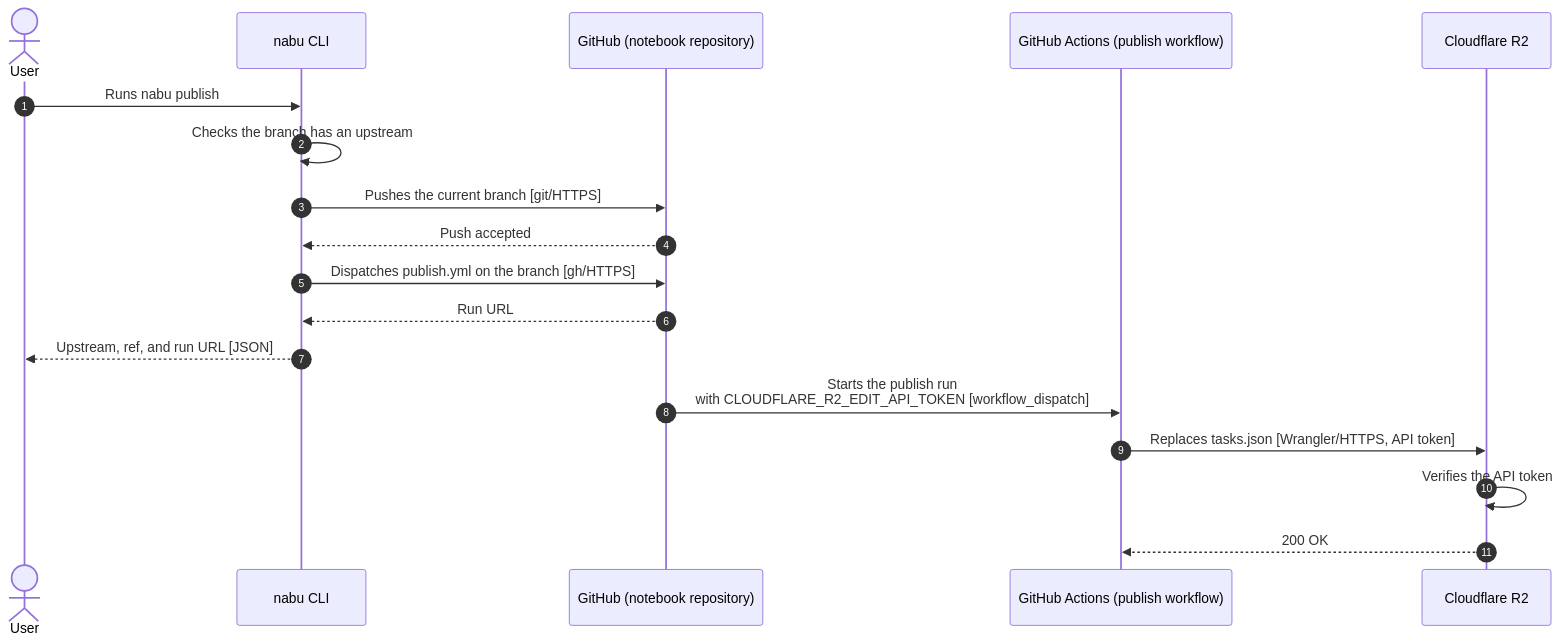
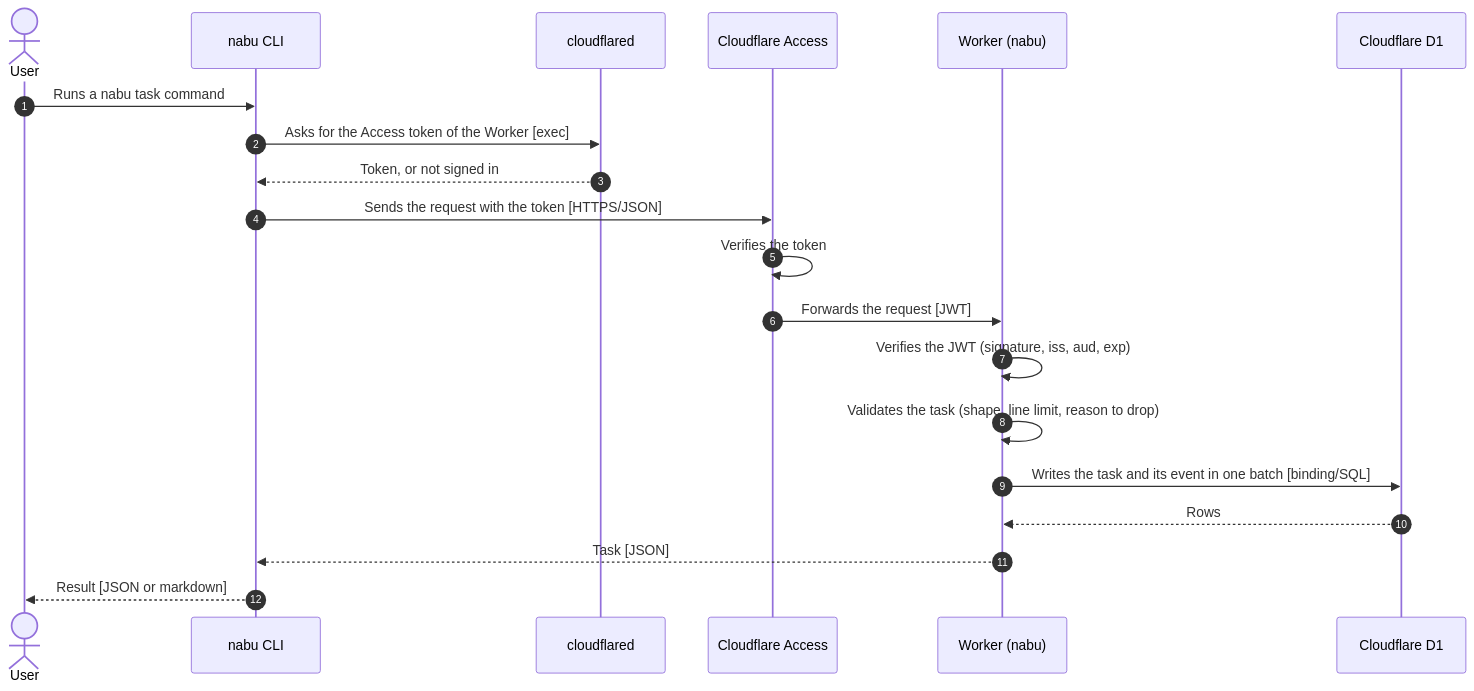
The first of 2 diagrams in docs/architecture.md (gitt510/nabu), drawn with Mermaid before and after one commit. The commit also changed other lines of this file and 28 other files, not shown here.

Commit message:
task: move tasks to the API and drop the notebook (#57)

````diff
--- a/docs/architecture.md
+++ b/docs/architecture.md
@@ -5,21 +5,23 @@
 ```mermaid
 sequenceDiagram
   autonumber
   actor User
   participant CLI as nabu CLI
-  participant GitHub as GitHub (notebook repository)
-  participant Actions as GitHub Actions (publish workflow)
-  participant R2 as Cloudflare R2
+  participant Cloudflared as cloudflared
+  participant Access as Cloudflare Access
+  participant Worker as Worker (nabu)
+  participant D1 as Cloudflare D1
 
-  User->>CLI: Runs nabu publish
-  CLI->>CLI: Checks the branch has an upstream
-  CLI->>GitHub: Pushes the current branch [git/HTTPS]
-  GitHub-->>CLI: Push accepted
-  CLI->>GitHub: Dispatches publish.yml on the branch [gh/HTTPS]
-  GitHub-->>CLI: Run URL
-  CLI-->>User: Upstream, ref, and run URL [JSON]
-  GitHub->>Actions: Starts the publish run<br>with CLOUDFLARE_R2_EDIT_API_TOKEN [workflow_dispatch]
-  Actions->>R2: Replaces tasks.json [Wrangler/HTTPS, API token]
-  R2->>R2: Verifies the API token
-  R2-->>Actions: 200 OK
+  User->>CLI: Runs a nabu task command
+  CLI->>Cloudflared: Asks for the Access token of the Worker [exec]
+  Cloudflared-->>CLI: Token, or not signed in
+  CLI->>Access: Sends the request with the token [HTTPS/JSON]
+  Access->>Access: Verifies the token
+  Access->>Worker: Forwards the request [JWT]
+  Worker->>Worker: Verifies the JWT (signature, iss, aud, exp)
+  Worker->>Worker: Validates the task (shape, line limit, reason to drop)
+  Worker->>D1: Writes the task and its event in one batch [binding/SQL]
+  D1-->>Worker: Rows
+  Worker-->>CLI: Task [JSON]
+  CLI-->>User: Result [JSON or markdown]
 ```
````
